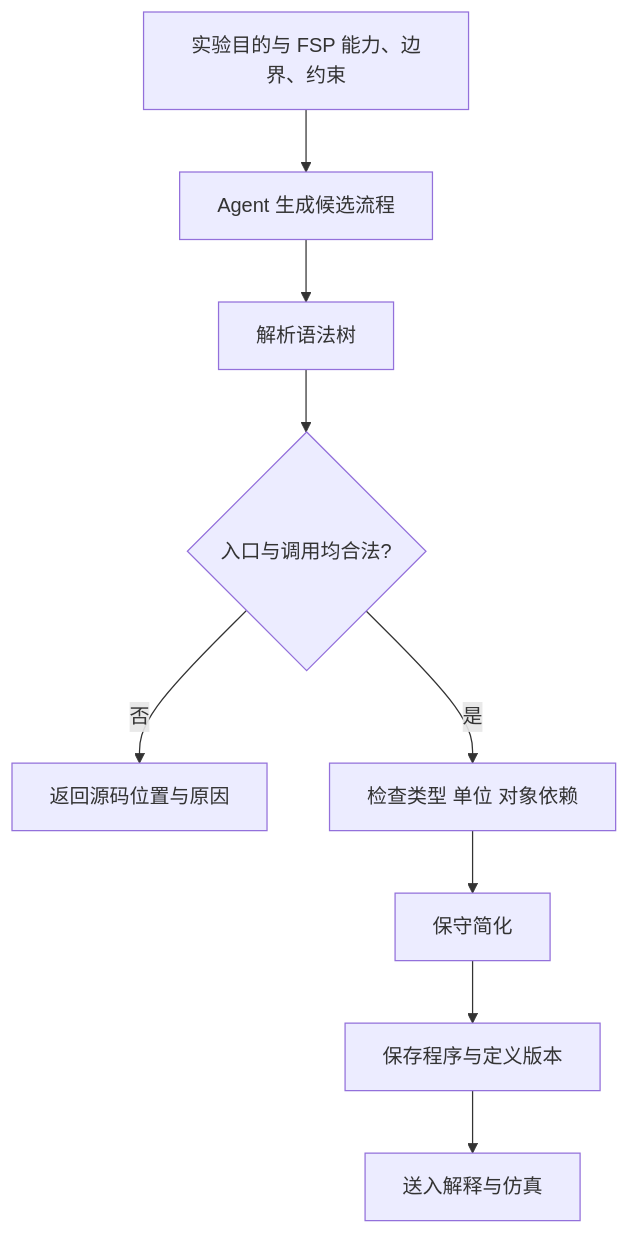
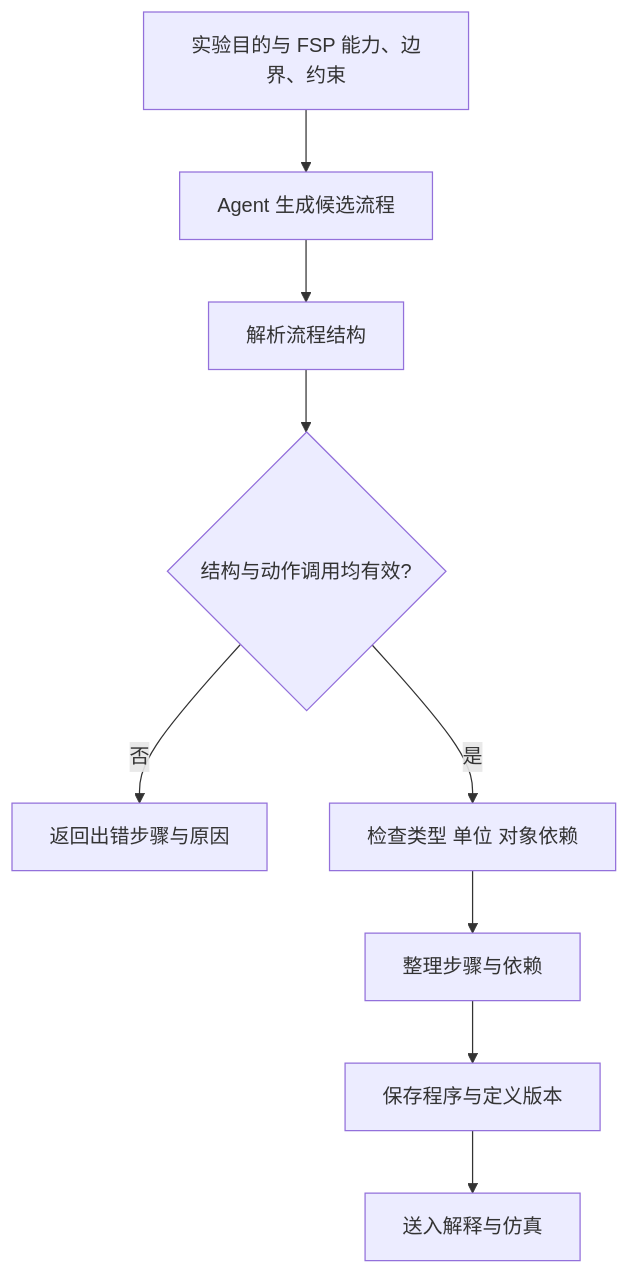
The first of 2 diagrams in docs/specification/engine/compiler.mdx (lijiehelloworld/automationlaboratoryprotocol), drawn with Mermaid before and after one commit. The commit also changed other lines of this file and 3 other files, not shown here.

````diff
--- a/docs/specification/engine/compiler.mdx
+++ b/docs/specification/engine/compiler.mdx
@@ -22,11 +22,11 @@
 ```mermaid
 flowchart TD
     A[实验目的与 FSP 能力、边界、约束] --> B[Agent 生成候选流程]
-    B --> C[解析语法树]
-    C --> D{入口与调用均合法?}
-    D -->|否| E[返回源码位置与原因]
+    B --> C[解析流程结构]
+    C --> D{结构与动作调用均有效?}
+    D -->|否| E[返回出错步骤与原因]
     D -->|是| F[检查类型 单位 对象依赖]
-    F --> G[保守简化]
+    F --> G[整理步骤与依赖]
     G --> H[保存程序与定义版本]
     H --> I[送入解释与仿真]
 ```
````
